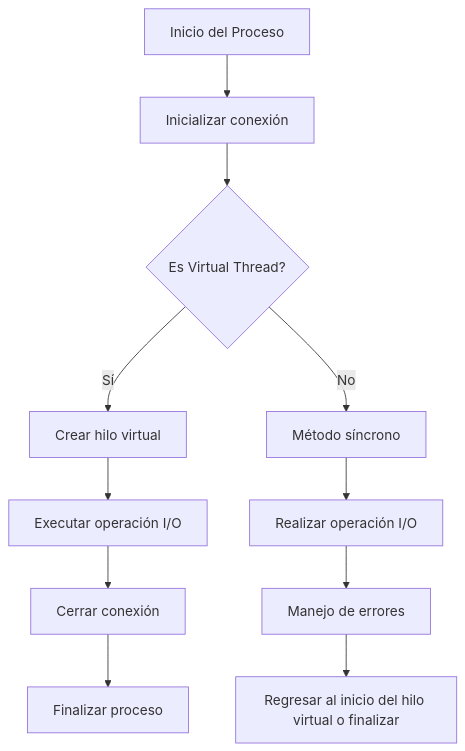
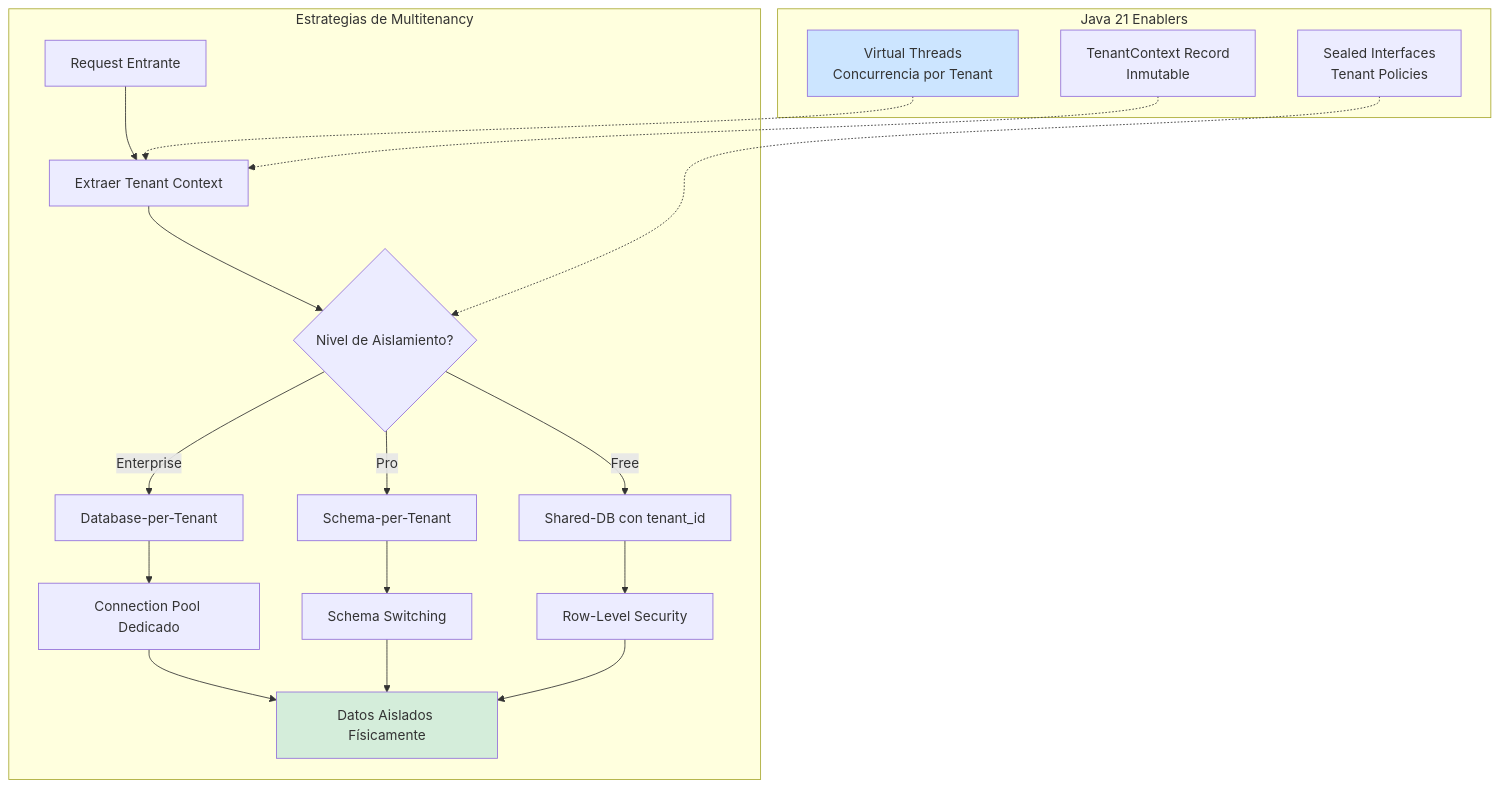
One commit to Joaquinriosheredia/DAM-Java-Mastery changed the first of 3 diagrams in _Review/multitenancy_en_saas_con_java/multitenancy_en_saas_con_java.md. Above: the diagram before and after it, drawn with Mermaid. The commit also changed other lines of this file, not shown here.

Commit message:
multitenancy_en_saas_con_java.md

````diff
--- a/_Review/multitenancy_en_saas_con_java/multitenancy_en_saas_con_java.md
+++ b/_Review/multitenancy_en_saas_con_java/multitenancy_en_saas_con_java.md
@@ -218,13 +68,25 @@
 ```mermaid
 graph TD
-    A[Inicio del Proceso] --> B[Inicializar conexión]
-    B --> C{Es Virtual Thread?}
-    C -- Sí --> D[Crear hilo virtual]
-    D --> E[Executar operación I/O]
-    E --> F[Cerrar conexión]
-    F --> G[Finalizar proceso]
-    C -- No --> H[Método síncrono]
-    H --> I[Realizar operación I/O]
-    I --> J[Manejo de errores]
-    J --> K[Regresar al inicio del hilo virtual o finalizar]
+    subgraph "Estrategias de Multitenancy"
+        A[Request Entrante] --> B[Extraer Tenant Context]
+        B --> C{Nivel de Aislamiento?}
+        C -->|Enterprise| D[Database-per-Tenant]
+        C -->|Pro| E[Schema-per-Tenant]
+        C -->|Free| F[Shared-DB con tenant_id]
+        D --> G[Connection Pool Dedicado]
+        E --> H[Schema Switching]
+        F --> I[Row-Level Security]
+        G --> J[Datos Aislados Físicamente]
+        H --> J
+        I --> J
+    end
+    
+    subgraph "Java 21 Enablers"
+        VT[Virtual Threads<br/>Concurrencia por Tenant] -.-> B
+        REC[TenantContext Record<br/>Inmutable] -.-> B
+        SEC[Sealed Interfaces<br/>Tenant Policies] -.-> C
+    end
+    
+    style J fill:#d4edda
+    style VT fill:#cce5ff
 ```
````
